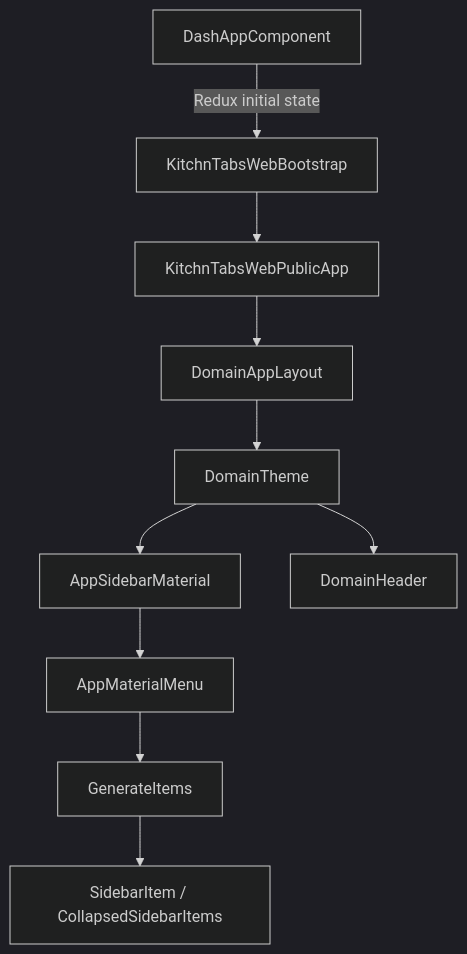
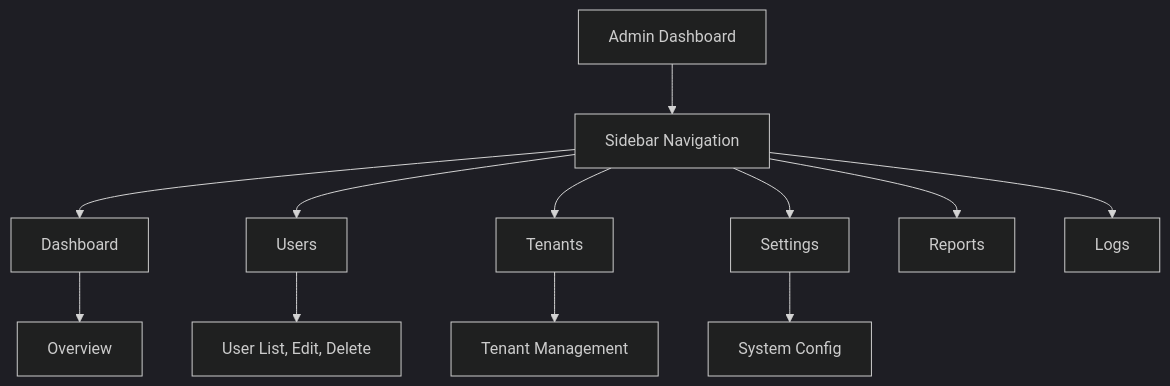
Before and after one commit to kitchntabs/kitchntabs.github.io: the first of 3 diagrams in docs/F7-System-Admin-Application/F7-System-Admin-Application_SIDEBAR_ARCHITECTURE.md, drawn with Mermaid (dark theme). The commit also changed other lines of this file and 58 other files, not shown here.

First line of the commit message:
Convert 226+ ASCII-art diagrams to Mermaid, enable live rendering via docsify-mermaid

````diff
--- a/docs/F7-System-Admin-Application/F7-System-Admin-Application_SIDEBAR_ARCHITECTURE.md
+++ b/docs/F7-System-Admin-Application/F7-System-Admin-Application_SIDEBAR_ARCHITECTURE.md
@@ -8,12 +8,14 @@
 ```mermaid
 graph TD
-    A["DashAppComponent"] -->|Redux initial state| B["KitchnTabsWebBootstrap"]
-    B --> C["KitchnTabsWebPublicApp"]
-    C --> D["DomainAppLayout"]
-    D --> E["DomainTheme"]
-    E --> F["AppSidebarMaterial"]
-    E --> G["DomainHeader"]
-    F --> H["AppMaterialMenu"]
-    H --> I["GenerateItems"]
-    I --> J["SidebarItem / CollapsedSidebarItems"]
+    A["Admin Dashboard"] --> B["Sidebar Navigation"]
+    B --> C1["Dashboard"]
+    B --> C2["Users"]
+    B --> C3["Tenants"]
+    B --> C4["Settings"]
+    B --> C5["Reports"]
+    B --> C6["Logs"]
+    C1 --> D["Overview"]
+    C2 --> E["User List, Edit, Delete"]
+    C3 --> F["Tenant Management"]
+    C4 --> G["System Config"]
 ```
````
